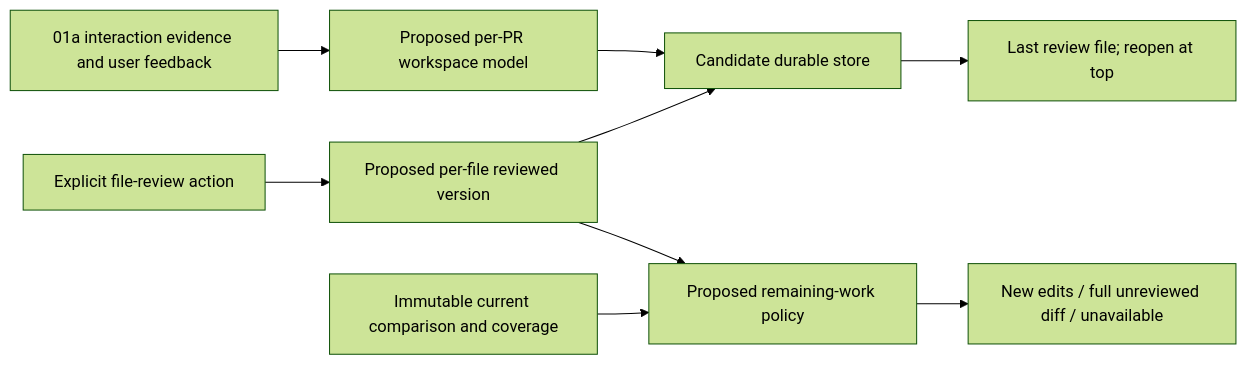
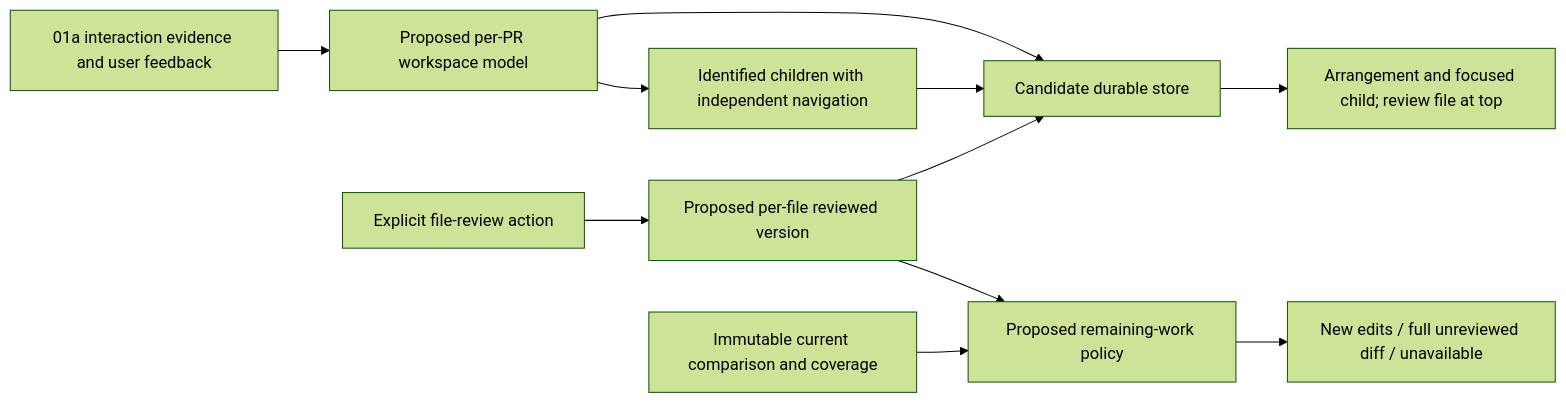
Before and after one commit to kyleve/Stuff: the diagram in Plans/2026-11-14-mobius/01-review-state-foundation.md, drawn with Mermaid (forest theme). The commit also changed other lines of this file and 7 other files, not shown here.

````diff
--- a/Plans/2026-11-14-mobius/01-review-state-foundation.md
+++ b/Plans/2026-11-14-mobius/01-review-state-foundation.md
@@ -35,11 +35,13 @@
 ```mermaid
 flowchart LR
     Prototype["01a interaction evidence and user feedback"] --> Model["Proposed per-PR workspace model"]
     Intent["Explicit file-review action"] --> Evidence["Proposed per-file reviewed version"]
     Evidence --> Policy["Proposed remaining-work policy"]
     Revisions["Immutable current comparison and coverage"] --> Policy
+    Model --> Children["Identified children with independent navigation"]
     Model --> Store["Candidate durable store"]
+    Children --> Store
     Evidence --> Store
-    Store --> Resume["Last review file; reopen at top"]
+    Store --> Resume["Arrangement and focused child; review file at top"]
     Policy --> Result["New edits / full unreviewed diff / unavailable"]
 ```
````
